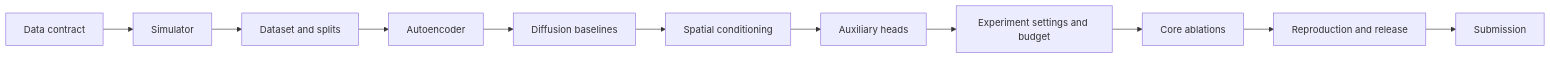
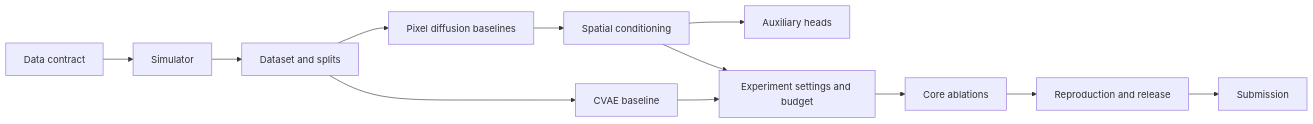
One commit to athul1810/click2future changed the diagram in docs/ROADMAP.md. Above: the diagram before and after it, drawn with Mermaid. The commit also changed other lines of this file and 15 other files, not shown here.

Commit message:
Adopt pixel scope, CVAE handoff and 14 November completion date

````diff
--- a/docs/ROADMAP.md
+++ b/docs/ROADMAP.md
@@ -14,13 +15,14 @@
 ```mermaid
 flowchart LR
     T04[Data contract] --> T05[Simulator]
     T05 --> T06[Dataset and splits]
-    T06 --> T08[Autoencoder]
-    T08 --> T10[Diffusion baselines]
+    T06 --> T10[Pixel diffusion baselines]
     T10 --> T11[Spatial conditioning]
     T11 --> T12[Auxiliary heads]
-    T12 --> T13[Experiment settings and budget]
+    T11 --> T13[Experiment settings and budget]
+    T06 --> T09[CVAE baseline]
+    T09 --> T13
     T13 --> T14[Core ablations]
     T14 --> T19[Reproduction and release]
     T19 --> T20[Submission]
 ```
````
